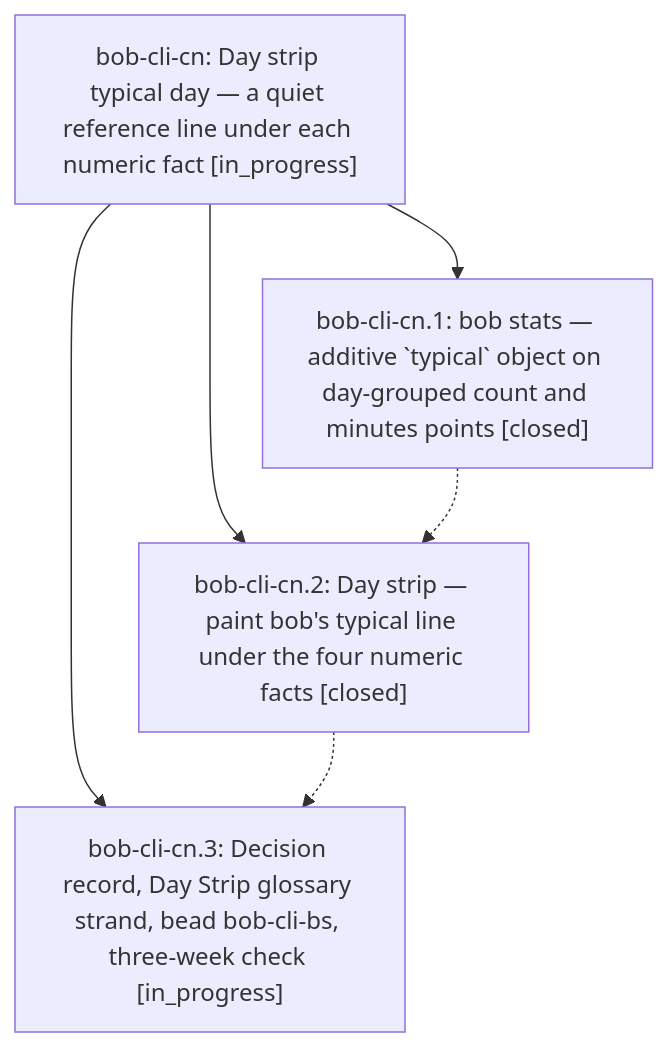
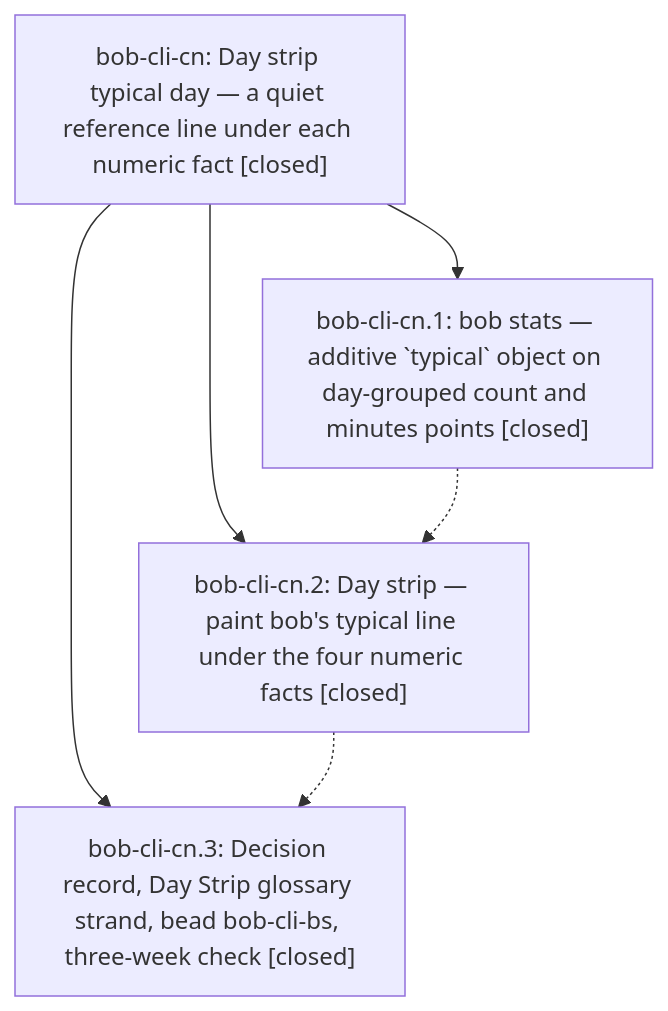
The diagram in pages/bob-cli-cn/README.md (bobs-org/bob-cli--beads), drawn with Mermaid before and after one commit. The commit also changed other lines of this file and 2 other files, not shown here.

First line of the commit message:
chore(beads): sync bead state and pages for bob-cli-cn

````diff
--- a/pages/bob-cli-cn/README.md
+++ b/pages/bob-cli-cn/README.md
@@ -36,12 +46,12 @@
 ```mermaid
 flowchart TD
-    n0["bob-cli-cn: Day strip typical day — a quiet reference line under each numeric fact [in_progress]"]
+    n0["bob-cli-cn: Day strip typical day — a quiet reference line under each numeric fact [closed]"]
     n1["bob-cli-cn.1: bob stats — additive `typical` object on day-grouped count and minutes points [closed]"]
     n2["bob-cli-cn.2: Day strip — paint bob's typical line under the four numeric facts [closed]"]
-    n3["bob-cli-cn.3: Decision record, Day Strip glossary strand, bead bob-cli-bs, three-week check [in_progress]"]
+    n3["bob-cli-cn.3: Decision record, Day Strip glossary strand, bead bob-cli-bs, three-week check [closed]"]
     n0 --> n1
     n0 --> n2
     n0 --> n3
     n1 -.-> n2
     n2 -.-> n3
 ```
````
